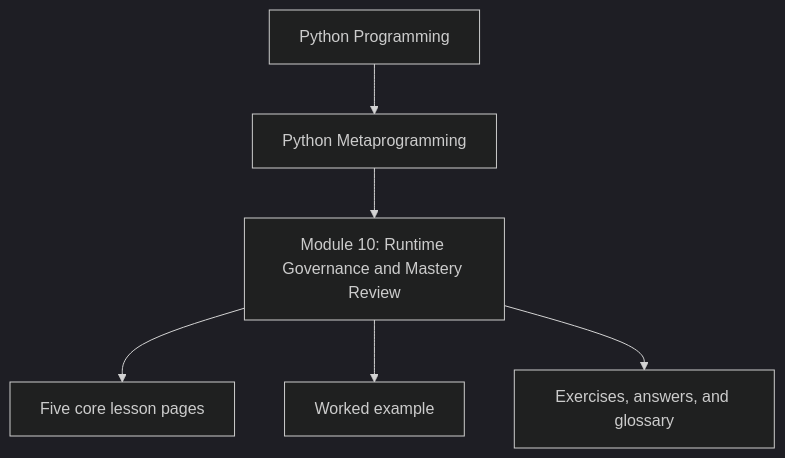
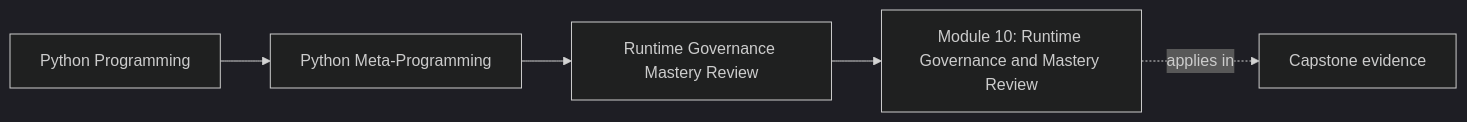
One commit to bijux/bijux-masterclass changed the first of 2 diagrams in programs/python-programming/python-meta-programming/course-book/module-10-runtime-governance-mastery-review/index.md. Above: the diagram before and after it, drawn with Mermaid (dark theme). The commit also changed other lines of this file and 91 other files, not shown here.

Commit message:
docs(python-meta-programming): map advanced runtime and capstone surfaces

````diff
--- a/programs/python-programming/python-meta-programming/course-book/module-10-runtime-governance-mastery-review/index.md
+++ b/programs/python-programming/python-meta-programming/course-book/module-10-runtime-governance-mastery-review/index.md
@@ -6,8 +6,11 @@
 ```mermaid
-flowchart TD
-  family["Python Programming"] --> program["Python Metaprogramming"]
-  program --> module["Module 10: Runtime Governance and Mastery Review"]
-  module --> cores["Five core lesson pages"]
-  module --> example["Worked example"]
-  module --> practice["Exercises, answers, and glossary"]
+graph LR
+  family["Python Programming"]
+  program["Python Meta-Programming"]
+  section["Runtime Governance Mastery Review"]
+  page["Module 10: Runtime Governance and Mastery Review"]
+  capstone["Capstone evidence"]
+
+  family --> program --> section --> page
+  page -.applies in.-> capstone
 ```
````
